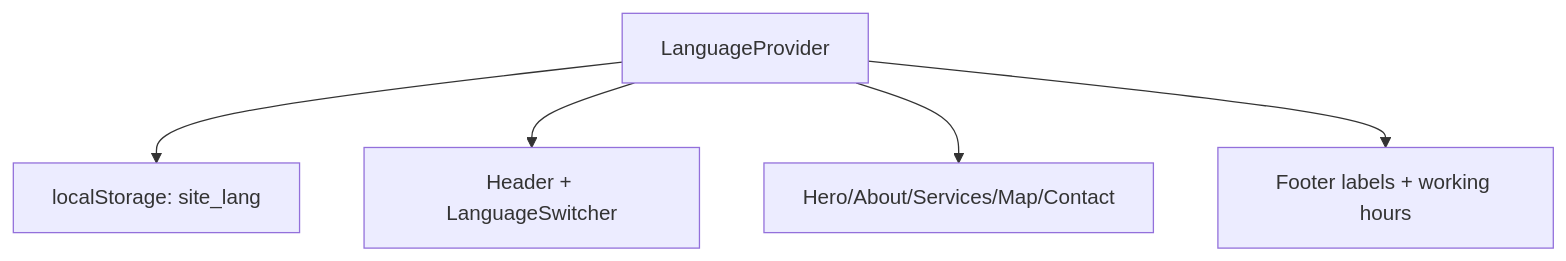
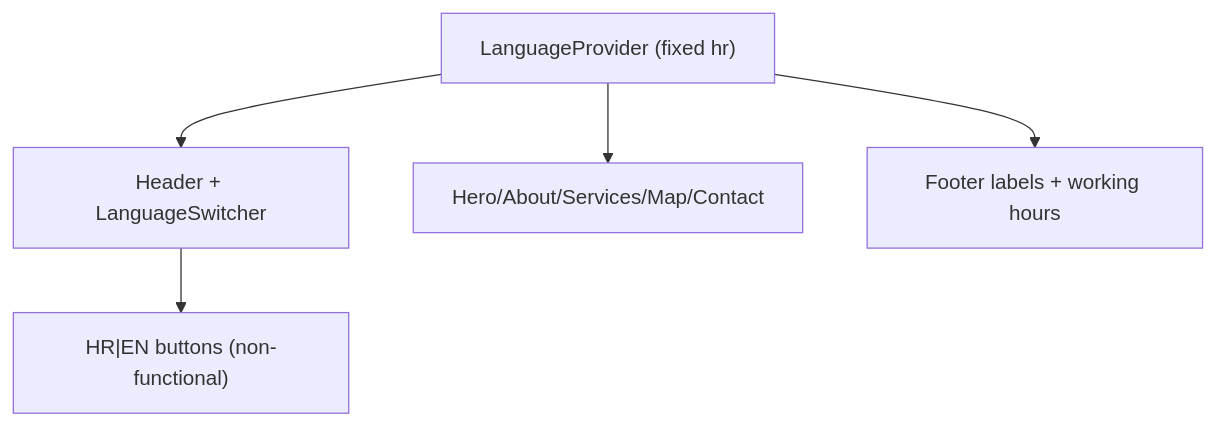
The diagram in lode/ui/language-support.md (ipavic933-spec/website-pavic), drawn with Mermaid before and after one commit. The commit also changed other lines of this file and 11 other files, not shown here.

````diff
--- a/lode/ui/language-support.md
+++ b/lode/ui/language-support.md
@@ -10,7 +10,7 @@
 ```mermaid
 flowchart TD
-  Provider["LanguageProvider"] --> Storage["localStorage: site_lang"]
-  Provider --> Header["Header + LanguageSwitcher"]
+  Provider["LanguageProvider (fixed hr)"] --> Header["Header + LanguageSwitcher"]
+  Header --> Buttons["HR|EN buttons (non-functional)"]
   Provider --> Sections["Hero/About/Services/Map/Contact"]
   Provider --> Footer["Footer labels + working hours"]
 ```
````
